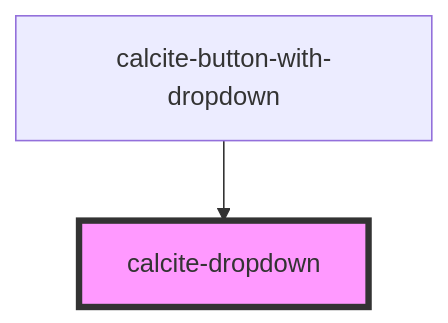
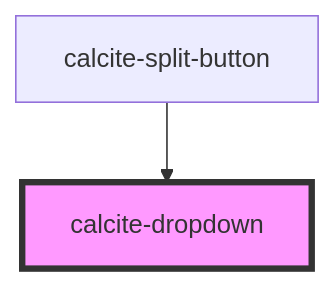
One commit to vikivakarvc/calcite-design-system changed the diagram in src/components/calcite-dropdown/readme.md. Above: the diagram before and after it, drawn with Mermaid. The commit also changed other lines of this file and 8 other files, not shown here.

Commit message:
Rename component to calcite-split-button

````diff
--- a/src/components/calcite-dropdown/readme.md
+++ b/src/components/calcite-dropdown/readme.md
@@ -61,5 +61,5 @@
 ```mermaid
 graph TD;
-  calcite-button-with-dropdown --> calcite-dropdown
+  calcite-split-button --> calcite-dropdown
   style calcite-dropdown fill:#f9f,stroke:#333,stroke-width:4px
 ```
````
